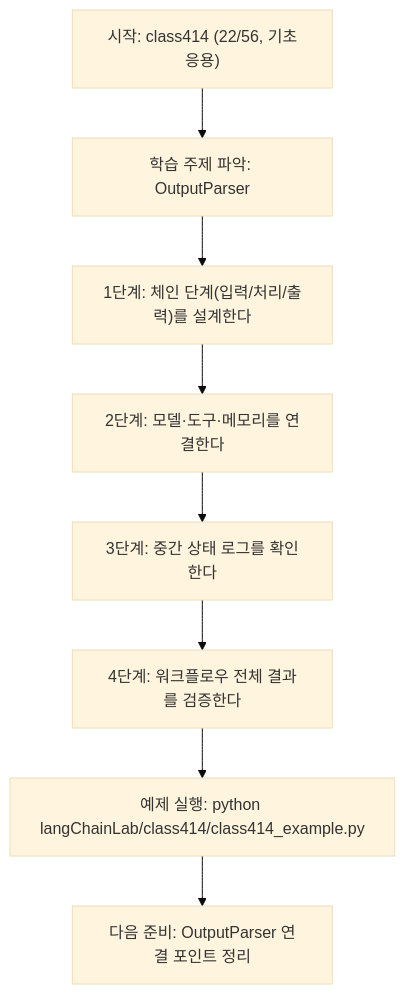
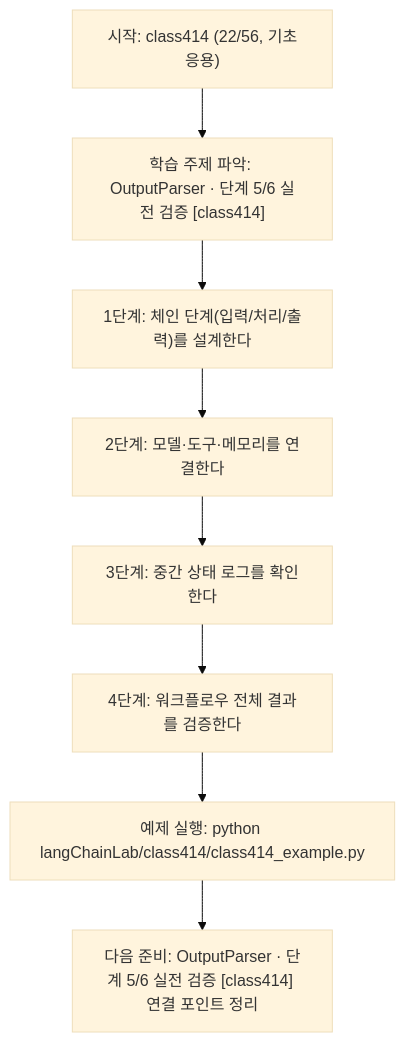
Before and after one commit to edumgt/Python-AI_Agent-Class: the diagram in langChainLab/class414/class414.md, drawn with Mermaid (base theme). The commit also changed other lines of this file and 522 other files, not shown here.

````diff
--- a/langChainLab/class414/class414.md
+++ b/langChainLab/class414/class414.md
@@ -107,18 +108,18 @@
 ```mermaid
 flowchart TD
 N1["시작: class414 (22/56, 기초응용)"]
-N2["학습 주제 파악: OutputParser"]
+N2["학습 주제 파악: OutputParser · 단계 5/6 실전 검증 [class414]"]
 N3["1단계: 체인 단계(입력/처리/출력)를 설계한다"]
 N4["2단계: 모델·도구·메모리를 연결한다"]
 N5["3단계: 중간 상태 로그를 확인한다"]
 N6["4단계: 워크플로우 전체 결과를 검증한다"]
 N7["예제 실행: python langChainLab/class414/class414_example.py"]
-N8["다음 준비: OutputParser 연결 포인트 정리"]
+N8["다음 준비: OutputParser · 단계 5/6 실전 검증 [class414] 연결 포인트 정리"]
 N1 --> N2
 N2 --> N3
 N3 --> N4
 N4 --> N5
 N5 --> N6
 N6 --> N7
 N7 --> N8
 ```
````
